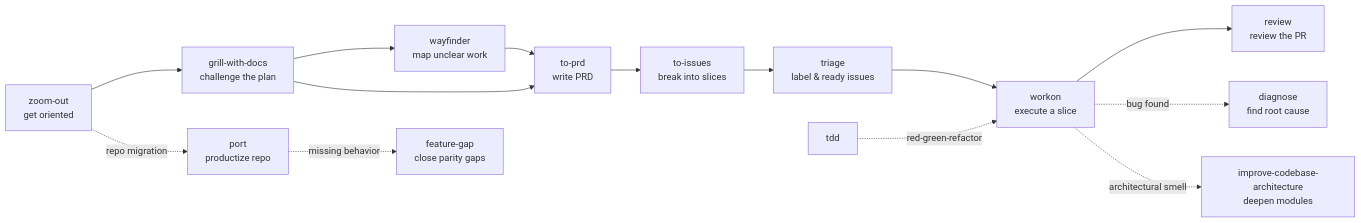
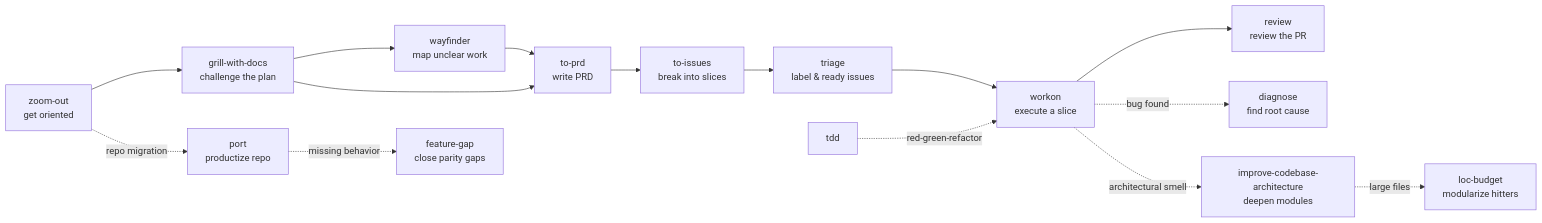
The diagram in skills/engineering/README.md (smeltery/skills), drawn with Mermaid before and after one commit. The commit also changed other lines of this file and 4 other files, not shown here.

Commit message:
feat: add LOC budget skill

````diff
--- a/skills/engineering/README.md
+++ b/skills/engineering/README.md
@@ -31,16 +32,17 @@
 ```mermaid
 flowchart LR
   ZO[zoom-out<br/>get oriented] --> GWD[grill-with-docs<br/>challenge the plan]
   GWD --> WF[wayfinder<br/>map unclear work]
   WF --> PRD[to-prd<br/>write PRD]
   GWD --> PRD
   PRD --> TI[to-issues<br/>break into slices]
   TI --> TRI[triage<br/>label & ready issues]
   TRI --> WO[workon<br/>execute a slice]
   WO --> RV[review<br/>review the PR]
   ZO -.repo migration.-> PORT[port<br/>productize repo]
   PORT -.missing behavior.-> FG[feature-gap<br/>close parity gaps]
+  ARCH -.large files.-> LOC[loc-budget<br/>modularize hitters]
   WO -.bug found.-> DIAG[diagnose<br/>find root cause]
   WO -.architectural smell.-> ARCH[improve-codebase-architecture<br/>deepen modules]
   TDD[tdd] -.red-green-refactor.-> WO
 ```
````
